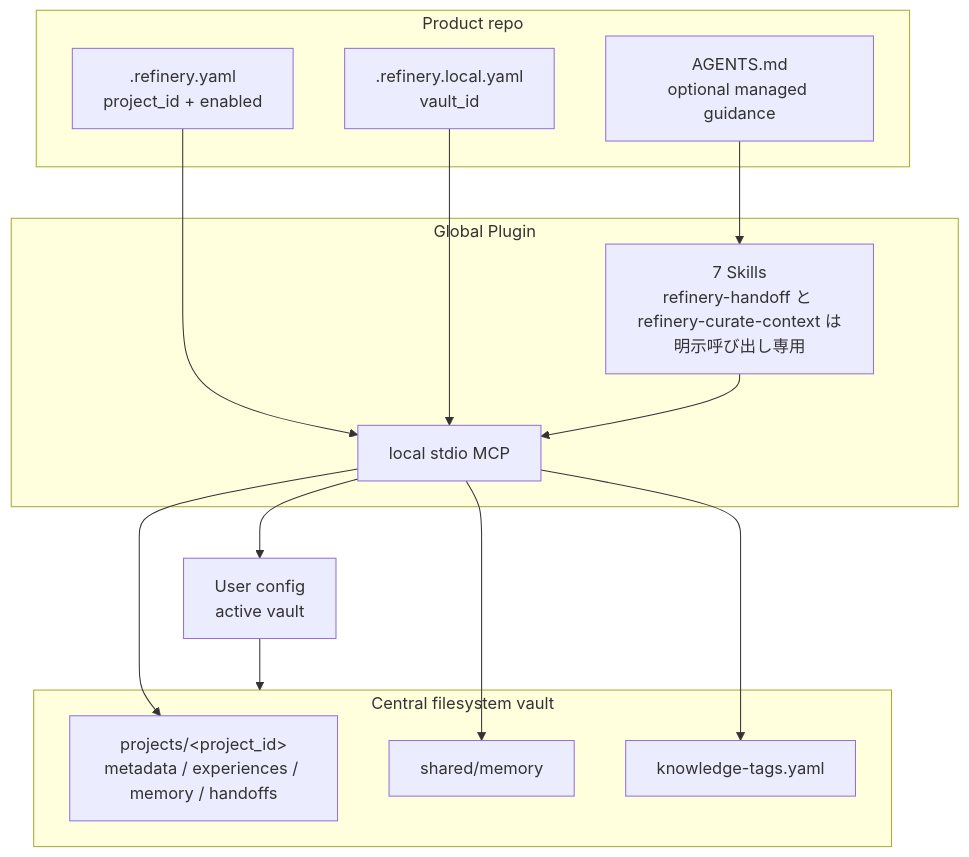
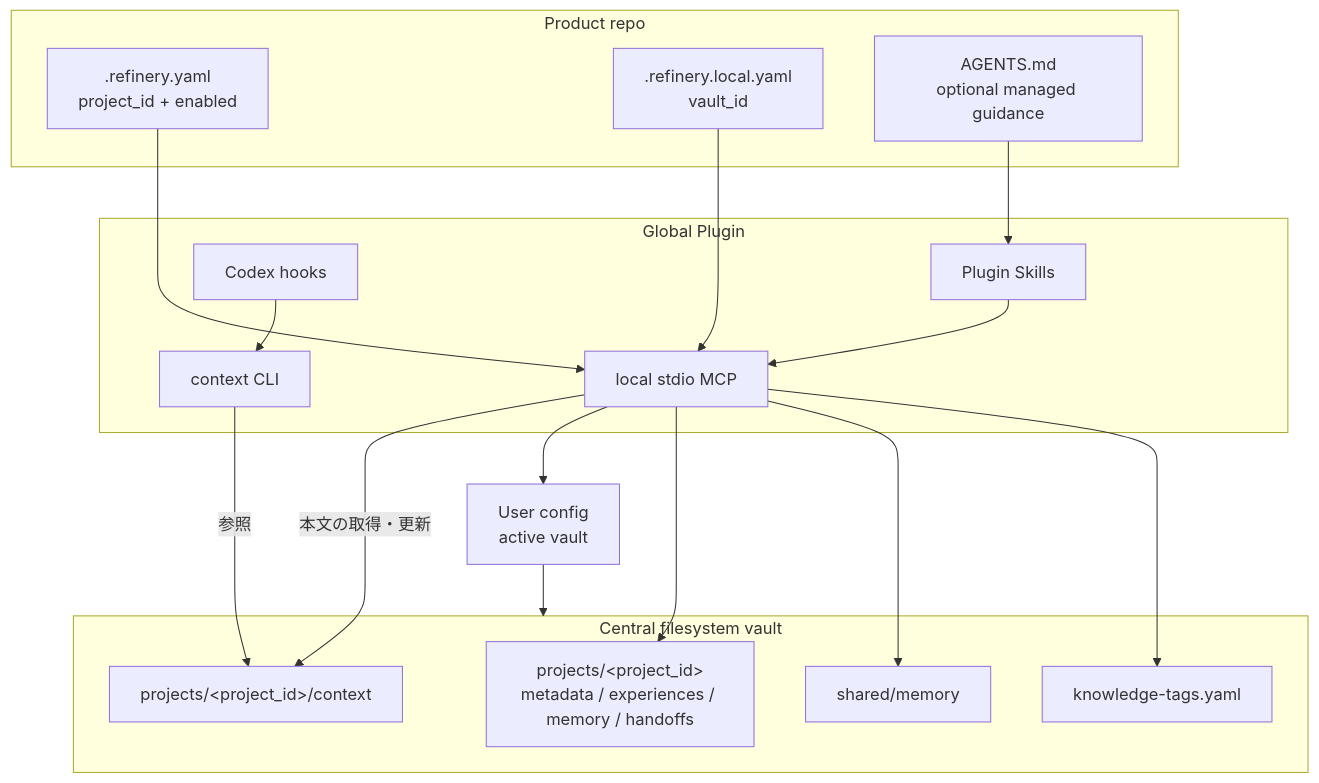
Before and after one commit to skanehira1126/knowledge-refinery: the diagram in docs/architecture.md, drawn with Mermaid. The commit also changed other lines of this file and 44 other files, not shown here.

````diff
--- a/docs/architecture.md
+++ b/docs/architecture.md
@@ -6,31 +6,37 @@
 ```mermaid
 flowchart TB
     subgraph Repo["Product repo"]
         RC[".refinery.yaml<br/>project_id + enabled"]
         RL[".refinery.local.yaml<br/>vault_id"]
         AG["AGENTS.md<br/>optional managed guidance"]
     end
 
     subgraph Plugin["Global Plugin"]
-        SK["7 Skills<br/>refinery-handoff と refinery-curate-context は明示呼び出し専用"]
+        SK["Plugin Skills"]
         MCP["local stdio MCP"]
+        HK["Codex hooks"]
+        CLI["context CLI"]
     end
 
     CFG["User config<br/>active vault"]
 
     subgraph Vault["Central filesystem vault"]
         PM["projects/&lt;project_id&gt;<br/>metadata / experiences / memory / handoffs"]
+        CT["projects/&lt;project_id&gt;/context"]
         SM["shared/memory"]
         KT["knowledge-tags.yaml"]
     end
 
     AG --> SK
     RC --> MCP
     RL --> MCP
     SK --> MCP
+    HK --> CLI
+    CLI -->|参照| CT
+    MCP -->|本文の取得・更新| CT
     MCP --> CFG
     CFG --> Vault
     MCP --> PM
     MCP --> SM
     MCP --> KT
 ```
````
